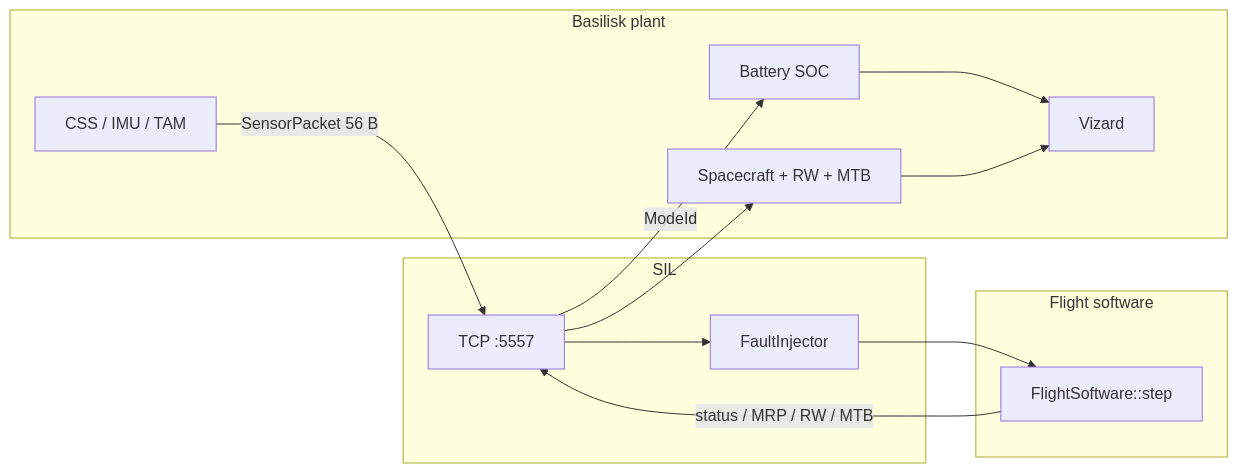
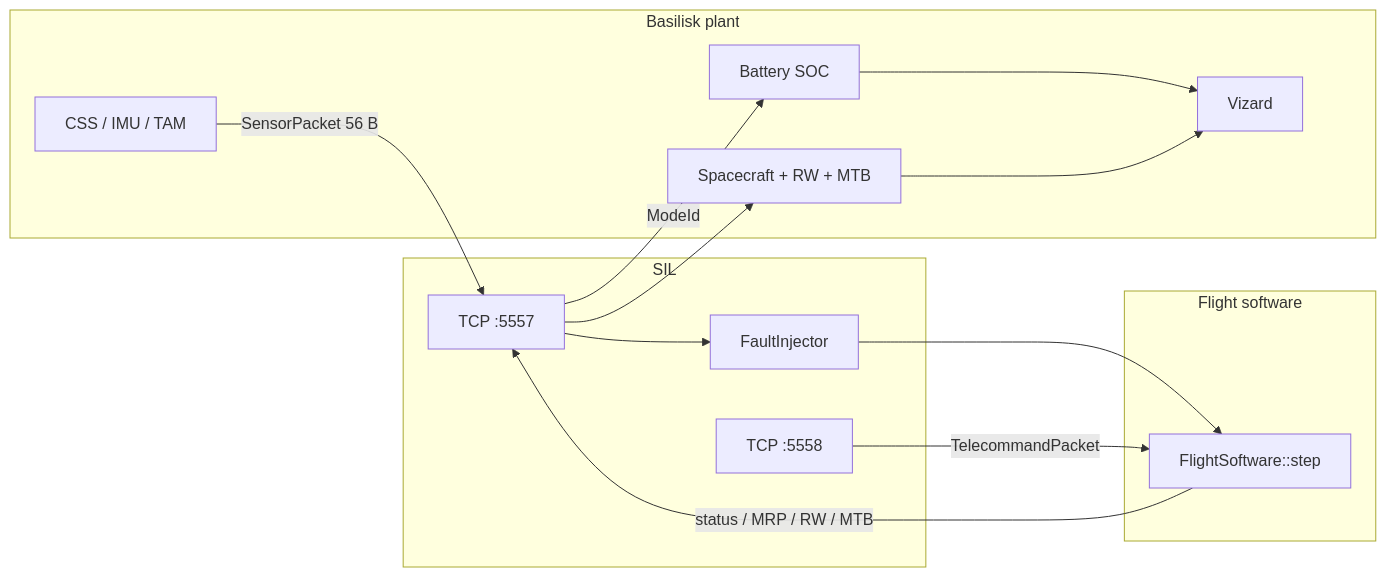
The third of 3 diagrams in README.md (niquimi/adcs-flight-software), drawn with Mermaid before and after one commit. The commit also changed other lines of this file and 19 other files, not shown here.

````diff
--- a/README.md
+++ b/README.md
@@ -106,22 +106,24 @@
 ```mermaid
 flowchart LR
     subgraph env [Basilisk plant]
         Sensors[CSS / IMU / TAM]
         Plant[Spacecraft + RW + MTB]
         SOC[Battery SOC]
         Viz[Vizard]
     end
     subgraph sil [SIL]
         TCP[TCP :5557]
+        TC[TCP :5558]
         Inj[FaultInjector]
     end
     subgraph fsw [Flight software]
         Step["FlightSoftware::step"]
     end
     Sensors -->|SensorPacket 56 B| TCP --> Inj --> Step
+    TC -->|TelecommandPacket| Step
     Step -->|status / MRP / RW / MTB| TCP
     TCP --> Plant
     TCP -->|ModeId| SOC
     SOC --> Viz
     Plant --> Viz
 ```
````
